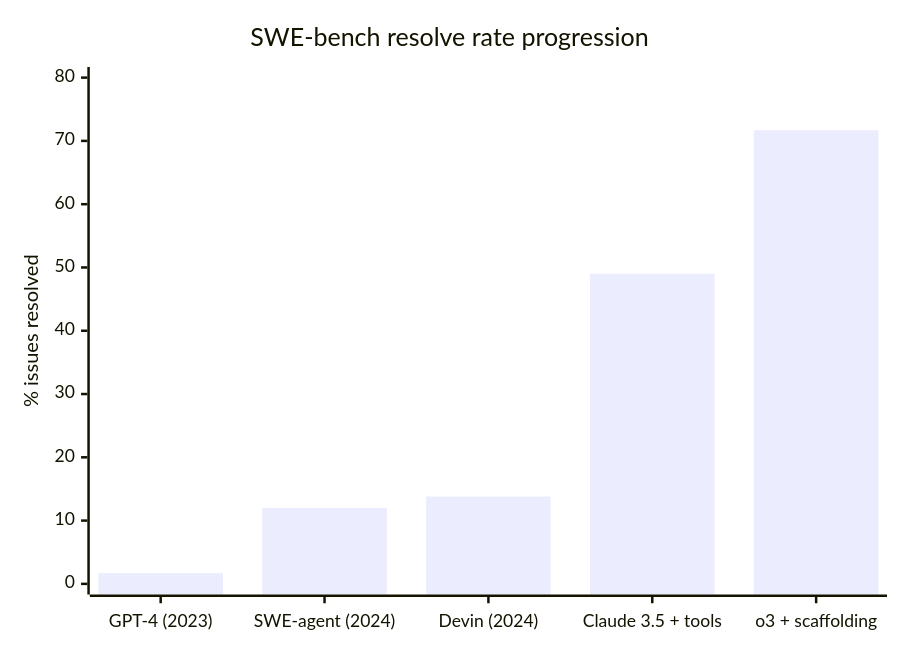
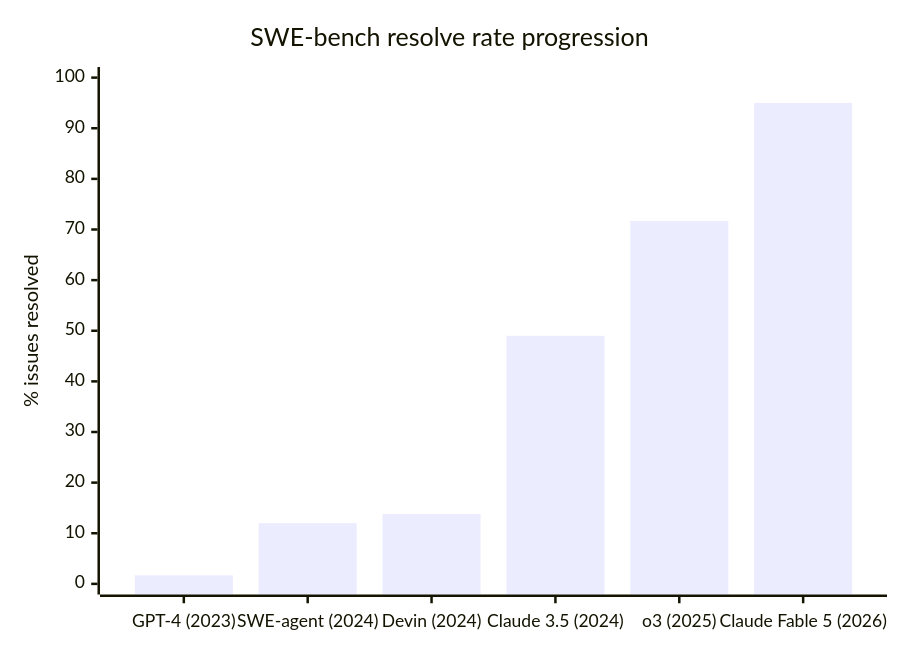
One commit to rppol/system-design changed the fourth of 4 diagrams in src/main/java/com/rutik/systemdesign/llm/code_generation/code_generation.md. Above: the diagram before and after it, drawn with Mermaid. The commit also changed other lines of this file and 466 other files, not shown here.

````diff
--- a/src/main/java/com/rutik/systemdesign/llm/code_generation/code_generation.md
+++ b/src/main/java/com/rutik/systemdesign/llm/code_generation/code_generation.md
@@ -271,7 +367,7 @@
 ```mermaid
 xychart-beta
     title "SWE-bench resolve rate progression"
-    x-axis ["GPT-4 (2023)", "SWE-agent (2024)", "Devin (2024)", "Claude 3.5 + tools", "o3 + scaffolding"]
-    y-axis "% issues resolved" 0 --> 80
-    bar [1.7, 12, 13.8, 49, 71.7]
+    x-axis ["GPT-4 (2023)", "SWE-agent (2024)", "Devin (2024)", "Claude 3.5 (2024)", "o3 (2025)", "Claude Fable 5 (2026)"]
+    y-axis "% issues resolved" 0 --> 100
+    bar [1.7, 12, 13.8, 49, 71.7, 95.0]
 ```
````
